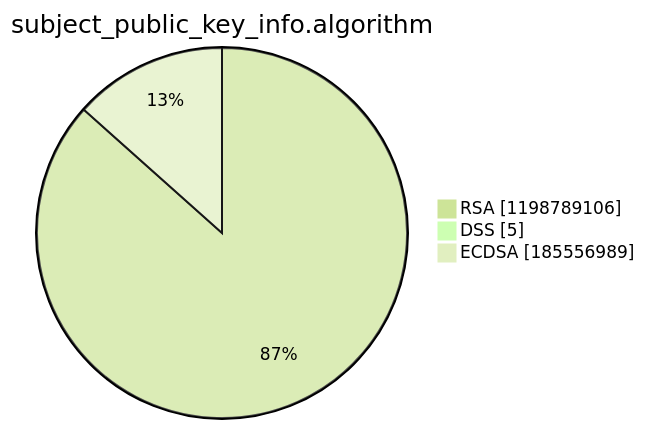
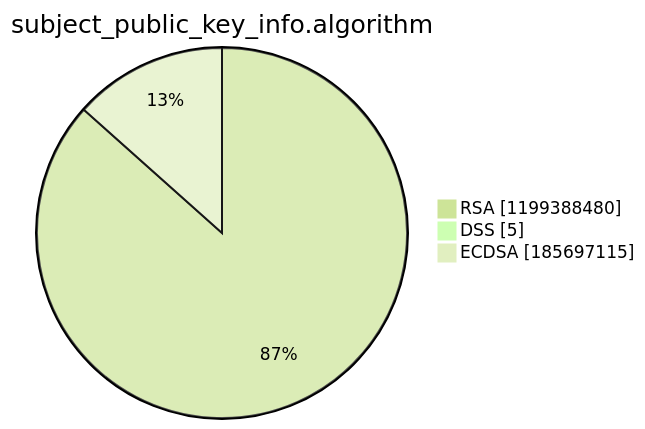
One commit to christiankrug/ctmonitor_visualization changed the third of 15 diagrams in argon2022/README.md. Above: the diagram before and after it, drawn with Mermaid (forest theme). The commit also changed other lines of this file, not shown here.

````diff
--- a/argon2022/README.md
+++ b/argon2022/README.md
@@ -14,7 +14,7 @@
 ```mermaid
 pie showData
 title subject_public_key_info.algorithm
-"RSA" :1198789106
+"RSA" :1199388480
 "DSS" :5
-"ECDSA" :185556989
+"ECDSA" :185697115
 ```
````
